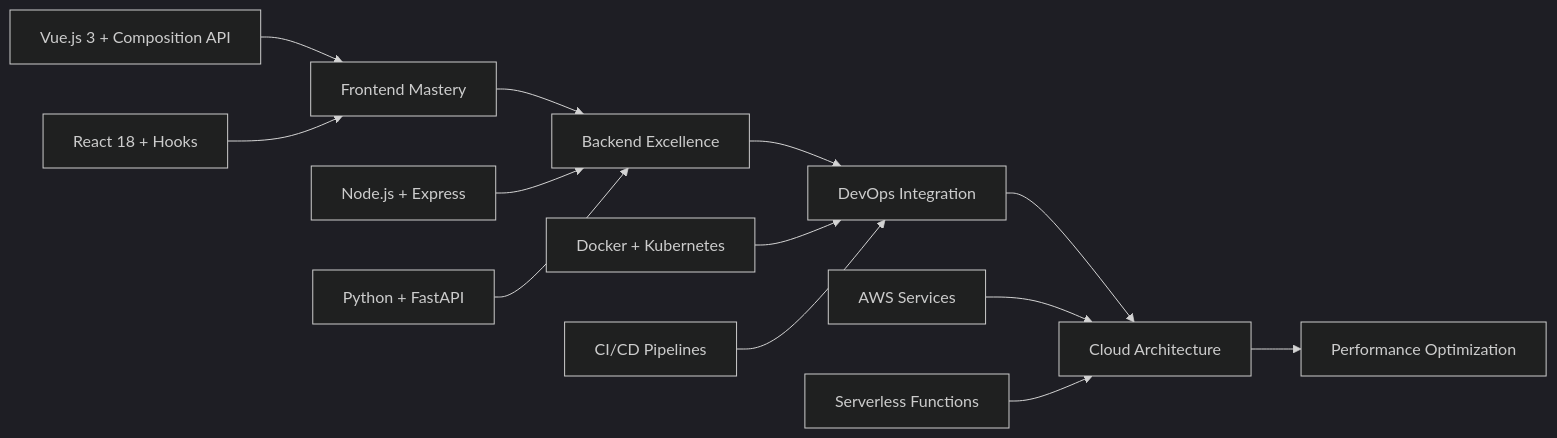
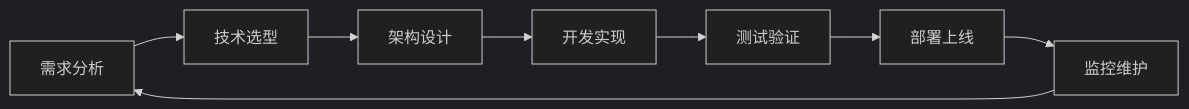
Before and after one commit to coders-user/coders-user: the diagram in README.md, drawn with Mermaid (dark theme). The commit also changed other lines of this file, not shown here.

````diff
--- a/README.md
+++ b/README.md
@@ -169,16 +213,10 @@
 ```mermaid
 graph LR
-    A[Frontend Mastery] --> B[Backend Excellence]
-    B --> C[DevOps Integration] 
-    C --> D[Cloud Architecture]
-    D --> E[Performance Optimization]
-    
-    A1[Vue.js 3 + Composition API] --> A
-    A2[React 18 + Hooks] --> A
-    B1[Node.js + Express] --> B
-    B2[Python + FastAPI] --> B
-    C1[Docker + Kubernetes] --> C
-    C2[CI/CD Pipelines] --> C
-    D1[AWS Services] --> D
-    D2[Serverless Functions] --> D
+    A[需求分析] --> B[技术选型]
+    B --> C[架构设计]
+    C --> D[开发实现]
+    D --> E[测试验证]
+    E --> F[部署上线]
+    F --> G[监控维护]
+    G --> A
 ```
````
